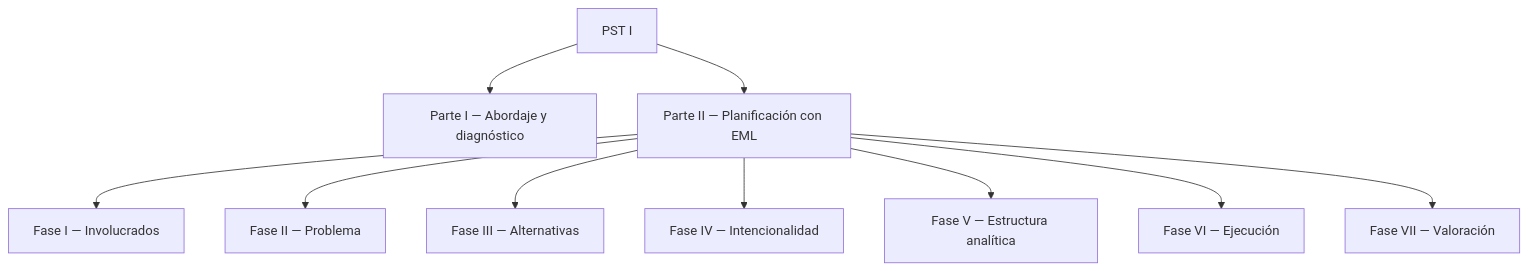
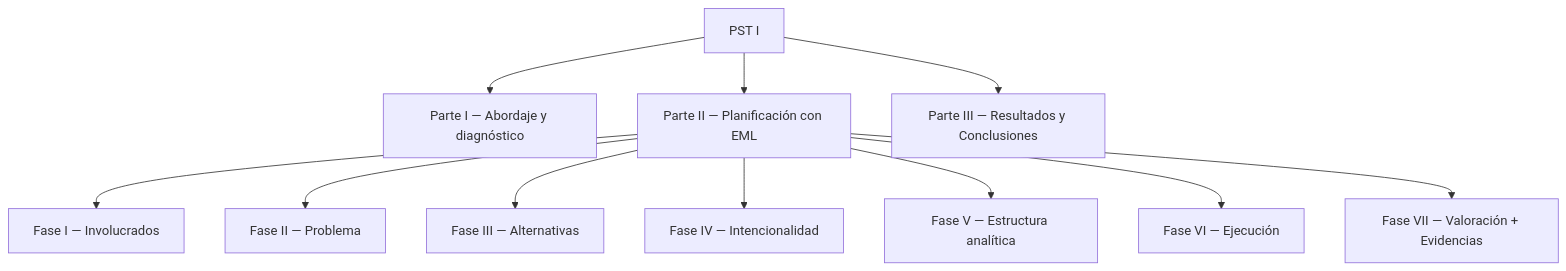
Before and after one commit to elsiosanchez/pst-docs: the diagram in docs/introduccion.md, drawn with Mermaid. The commit also changed other lines of this file and 38 other files, not shown here.

````diff
--- a/docs/introduccion.md
+++ b/docs/introduccion.md
@@ -21,12 +21,13 @@
 ```mermaid
 flowchart TD
   A[PST I] --> P1[Parte I — Abordaje y diagnóstico]
   A --> P2[Parte II — Planificación con EML]
+  A --> P3[Parte III — Resultados y Conclusiones]
   P2 --> F1[Fase I — Involucrados]
   P2 --> F2[Fase II — Problema]
   P2 --> F3[Fase III — Alternativas]
   P2 --> F4[Fase IV — Intencionalidad]
   P2 --> F5[Fase V — Estructura analítica]
   P2 --> F6[Fase VI — Ejecución]
-  P2 --> F7[Fase VII — Valoración]
+  P2 --> F7[Fase VII — Valoración + Evidencias]
 ```
````
